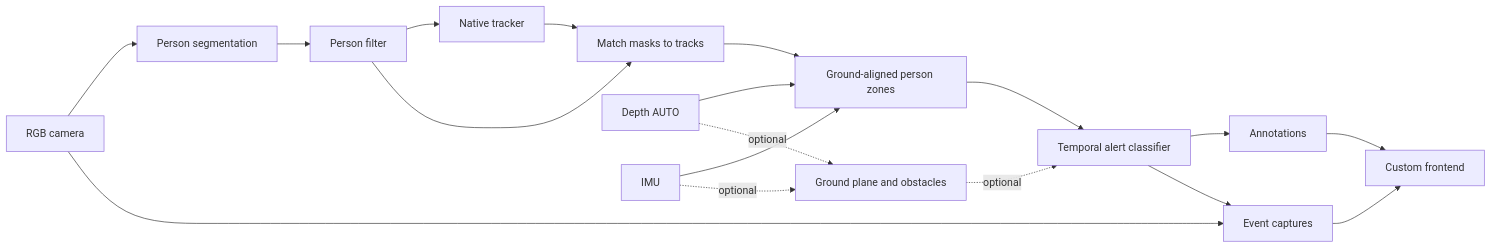
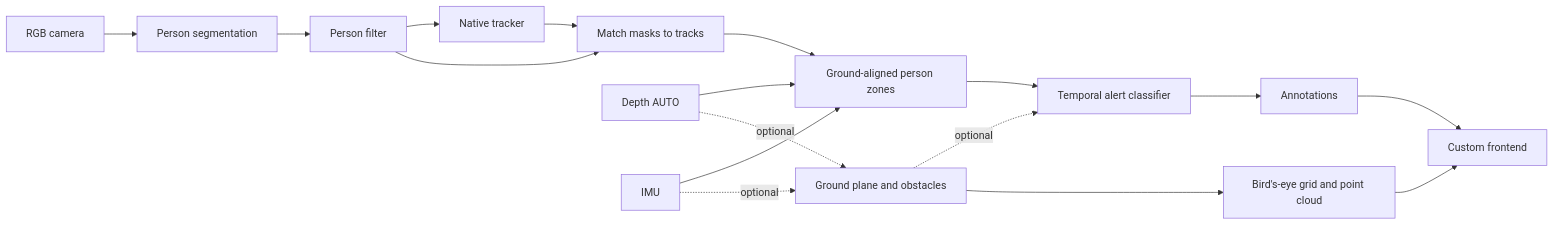
One commit to luxonis/oak-examples changed the diagram in apps/safeguard/README.md. Above: the diagram before and after it, drawn with Mermaid. The commit also changed other lines of this file and 27 other files, not shown here.

````diff
--- a/apps/safeguard/README.md
+++ b/apps/safeguard/README.md
@@ -11,20 +11,19 @@
 ```mermaid
 flowchart LR
     RGB[RGB camera] --> NN[Person segmentation]
     NN --> FILTER[Person filter]
     FILTER --> TRACK[Native tracker]
     FILTER --> MASKS[Match masks to tracks]
     TRACK --> MASKS
     DEPTH[Depth AUTO] --> PERSON[Ground-aligned person zones]
     IMU[IMU] --> PERSON
     MASKS --> PERSON
     DEPTH -. optional .-> PCL[Ground plane and obstacles]
     IMU -. optional .-> PCL
     PERSON --> ALERT[Temporal alert classifier]
     PCL -. optional .-> ALERT
     ALERT --> OVERLAY[Annotations]
-    ALERT --> EVENTS[Event captures]
-    RGB --> EVENTS
     OVERLAY --> UI[Custom frontend]
-    EVENTS --> UI
+    PCL --> GRID[Bird's-eye grid and point cloud]
+    GRID --> UI
 ```
````
